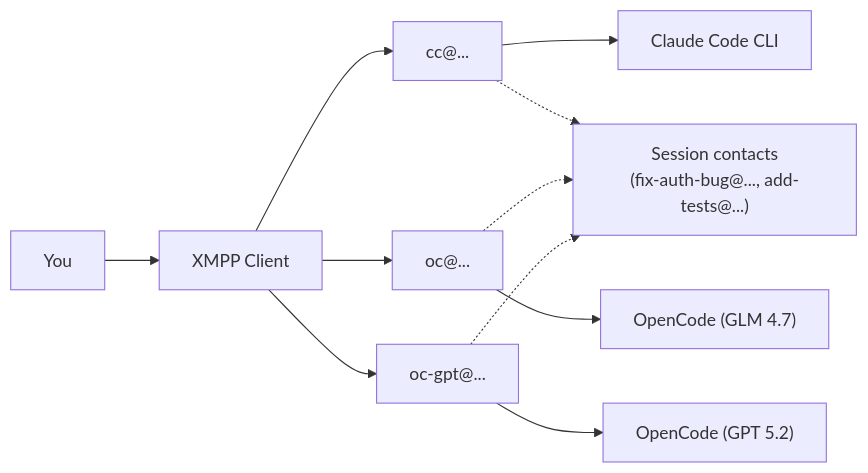
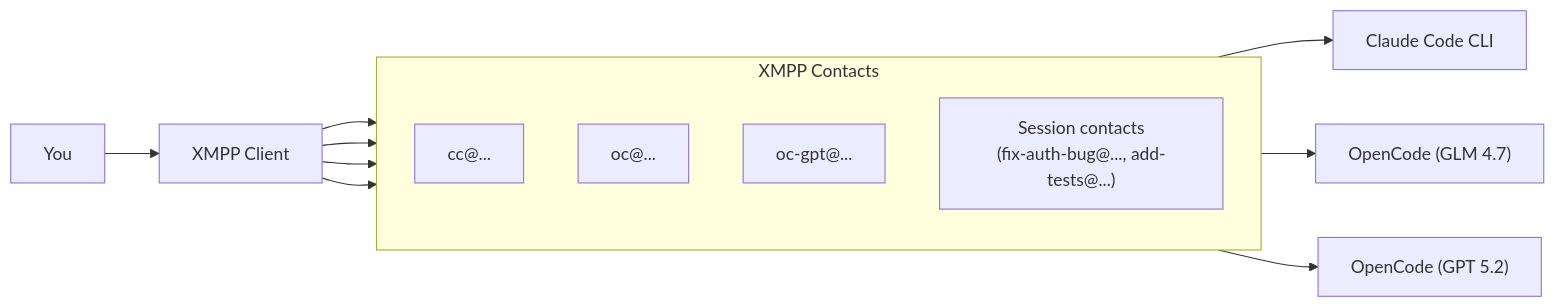
The diagram in README.md (chknlittle/switch), drawn with Mermaid before and after one commit.

Commit message:
Update architecture diagram format

````diff
--- a/README.md
+++ b/README.md
@@ -50,14 +50,19 @@
 ```mermaid
 flowchart LR
     You --> Client[XMPP Client]
-    Client --> cc["cc@..."]
-    Client --> oc["oc@..."]
-    Client --> ocgpt["oc-gpt@..."]
+    subgraph Contacts["XMPP Contacts"]
+        direction TB
+        cc["cc@..."]
+        oc["oc@..."]
+        ocgpt["oc-gpt@..."]
+        Sessions["Session contacts<br/>(fix-auth-bug@..., add-tests@...)"]
+    end
+
+    Client --> cc
+    Client --> oc
+    Client --> ocgpt
+    Client --> Sessions
     cc --> Claude[Claude Code CLI]
     oc --> GLM["OpenCode (GLM 4.7)"]
     ocgpt --> GPT["OpenCode (GPT 5.2)"]
-
-    cc -.-> Sessions["Session contacts<br/>(fix-auth-bug@..., add-tests@...)"]
-    oc -.-> Sessions
-    ocgpt -.-> Sessions
 ```
````
